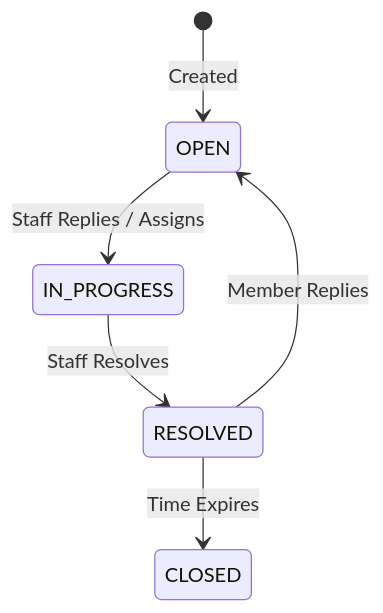
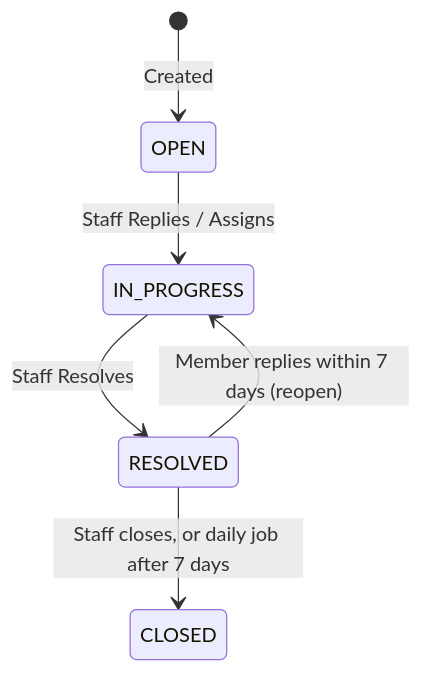
One commit to senko-do-thingz/G3-SportCentreManagement changed the tenth of 10 diagrams in docs/database/09-business-rules-and-state-machines.md. Above: the diagram before and after it, drawn with Mermaid. The commit also changed other lines of this file and 59 other files, not shown here.

````diff
--- a/docs/database/09-business-rules-and-state-machines.md
+++ b/docs/database/09-business-rules-and-state-machines.md
@@ -154,8 +157,8 @@
 ```mermaid
 stateDiagram-v2
     [*] --> OPEN : Created
     OPEN --> IN_PROGRESS : Staff Replies / Assigns
     IN_PROGRESS --> RESOLVED : Staff Resolves
-    RESOLVED --> OPEN : Member Replies
-    RESOLVED --> CLOSED : Time Expires
+    RESOLVED --> IN_PROGRESS : Member replies within 7 days (reopen)
+    RESOLVED --> CLOSED : Staff closes, or daily job after 7 days
 ```
````
